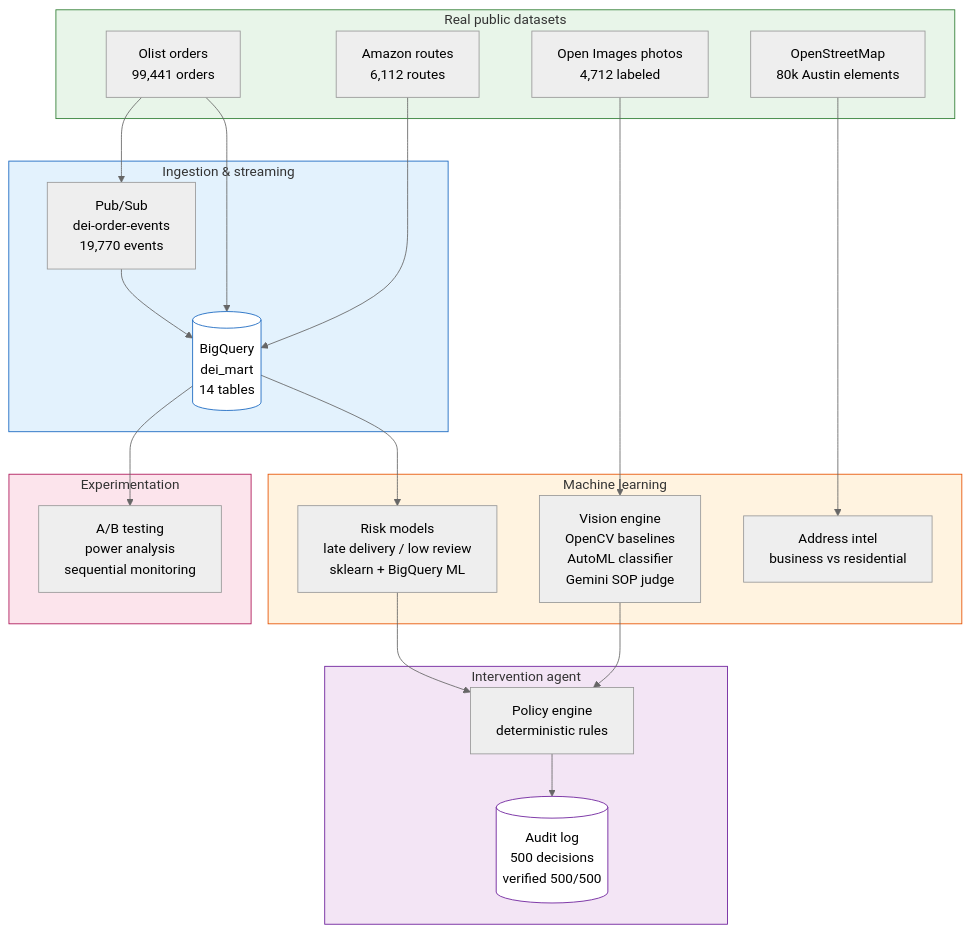
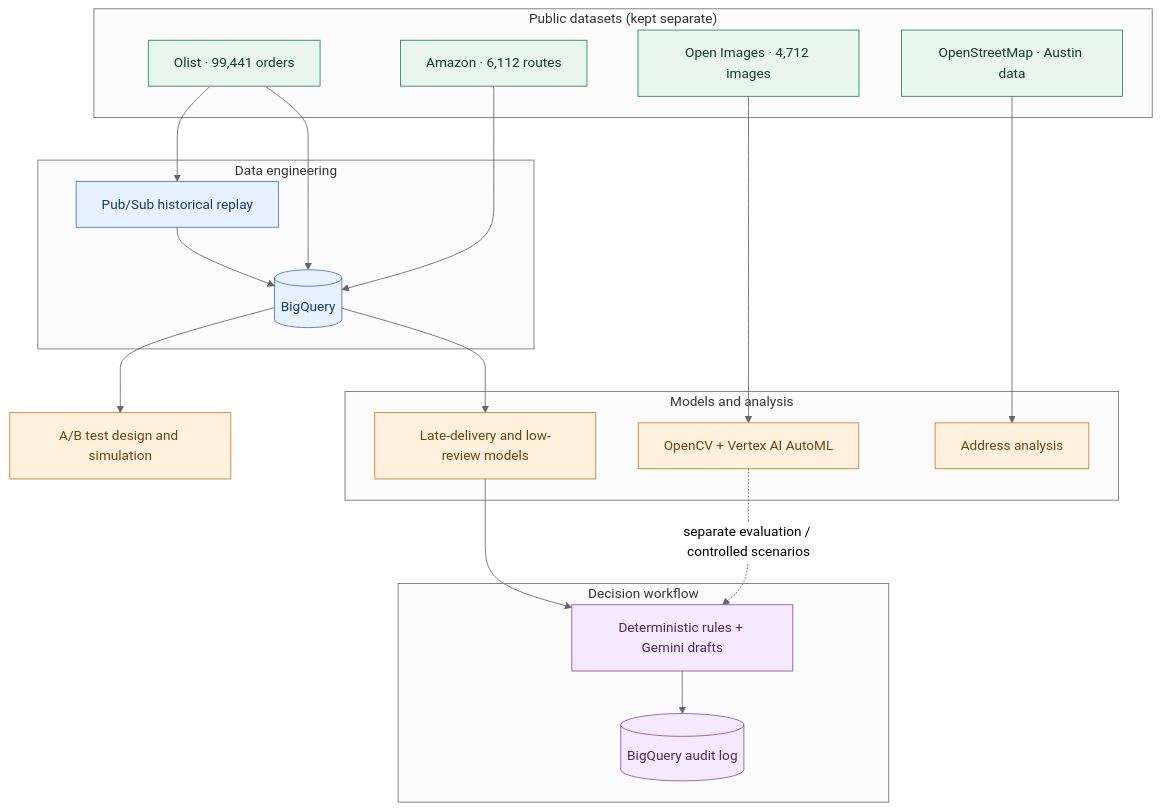
One commit to anumsagheer01/delivery-experience-intelligence changed the diagram in README.md. Above: the diagram before and after it, drawn with Mermaid (neutral theme). The commit also changed other lines of this file, not shown here.

````diff
--- a/README.md
+++ b/README.md
@@ -21,49 +55,44 @@
 ```mermaid
 flowchart TB
-    subgraph Data["Real public datasets"]
-        OLIST["Olist orders<br/>99,441 orders"]
-        AMZ["Amazon routes<br/>6,112 routes"]
-        OIMG["Open Images photos<br/>4,712 labeled"]
-        OSM["OpenStreetMap<br/>80k Austin elements"]
+    subgraph DATA["Public datasets (kept separate)"]
+        OLIST["Olist · 99,441 orders"]
+        AMZ["Amazon · 6,112 routes"]
+        IMG["Open Images · 4,712 images"]
+        OSM["OpenStreetMap · Austin data"]
     end
-
-    subgraph Ingest["Ingestion & streaming"]
-        BQ[("BigQuery<br/>dei_mart<br/>14 tables")]
-        PS["Pub/Sub<br/>dei-order-events<br/>19,770 events"]
+    subgraph PIPE["Data engineering"]
+        BQ[("BigQuery")]
+        PUB["Pub/Sub historical replay"]
     end
-
-    subgraph ML["Machine learning"]
-        RISK["Risk models<br/>late delivery / low review<br/>sklearn + BigQuery ML"]
-        VISION["Vision engine<br/>OpenCV baselines<br/>AutoML classifier<br/>Gemini SOP judge"]
-        ADDR["Address intel<br/>business vs residential"]
+    subgraph ML["Models and analysis"]
+        RISK["Late-delivery and low-review models"]
+        CV["OpenCV + Vertex AI AutoML"]
+        ADDRESS["Address analysis"]
     end
-
-    subgraph Agent["Intervention agent"]
-        POLICY["Policy engine<br/>deterministic rules"]
-        AUDIT[("Audit log<br/>500 decisions<br/>verified 500/500")]
+    subgraph DEC["Decision workflow"]
+        POLICY["Deterministic rules + Gemini drafts"]
+        AUDIT[("BigQuery audit log")]
     end
-
-    subgraph Exp["Experimentation"]
-        AB["A/B testing<br/>power analysis<br/>sequential monitoring"]
-    end
+    AB["A/B test design and simulation"]
 
     OLIST --> BQ
-        AMZ --> BQ
-        OLIST --> PS
-        PS --> BQ
-        BQ --> RISK
-        OIMG --> VISION
-        OSM --> ADDR
-        RISK --> POLICY
-        VISION --> POLICY
-        POLICY --> AUDIT
-        BQ --> AB
+    OLIST --> PUB
+    PUB --> BQ
+    AMZ --> BQ
+    BQ --> RISK
+    BQ --> AB
+    IMG --> CV
+    OSM --> ADDRESS
+    RISK --> POLICY
+    CV -.->|"separate evaluation / controlled scenarios"| POLICY
+    POLICY --> AUDIT
 
-    style Data fill:#e8f5e9,stroke:#2e7d32
-    style Ingest fill:#e3f2fd,stroke:#1565c0
-    style ML fill:#fff3e0,stroke:#e65100
-    style Agent fill:#f3e5f5,stroke:#6a1b9a
-    style Exp fill:#fce4ec,stroke:#ad1457
-    style BQ fill:#ffffff,stroke:#1565c0
-    style AUDIT fill:#ffffff,stroke:#6a1b9a
+    classDef data fill:#e9f6ef,stroke:#23865a,color:#143b2a;
+    classDef eng fill:#e8f1ff,stroke:#3978c6,color:#173c70;
+    classDef model fill:#fff1dd,stroke:#c87b2b,color:#75420e;
+    classDef decision fill:#f4e9ff,stroke:#8654b4,color:#4d286c;
+    class OLIST,AMZ,IMG,OSM data;
+    class BQ,PUB eng;
+    class RISK,CV,ADDRESS,AB model;
+    class POLICY,AUDIT decision;
 ```
````
